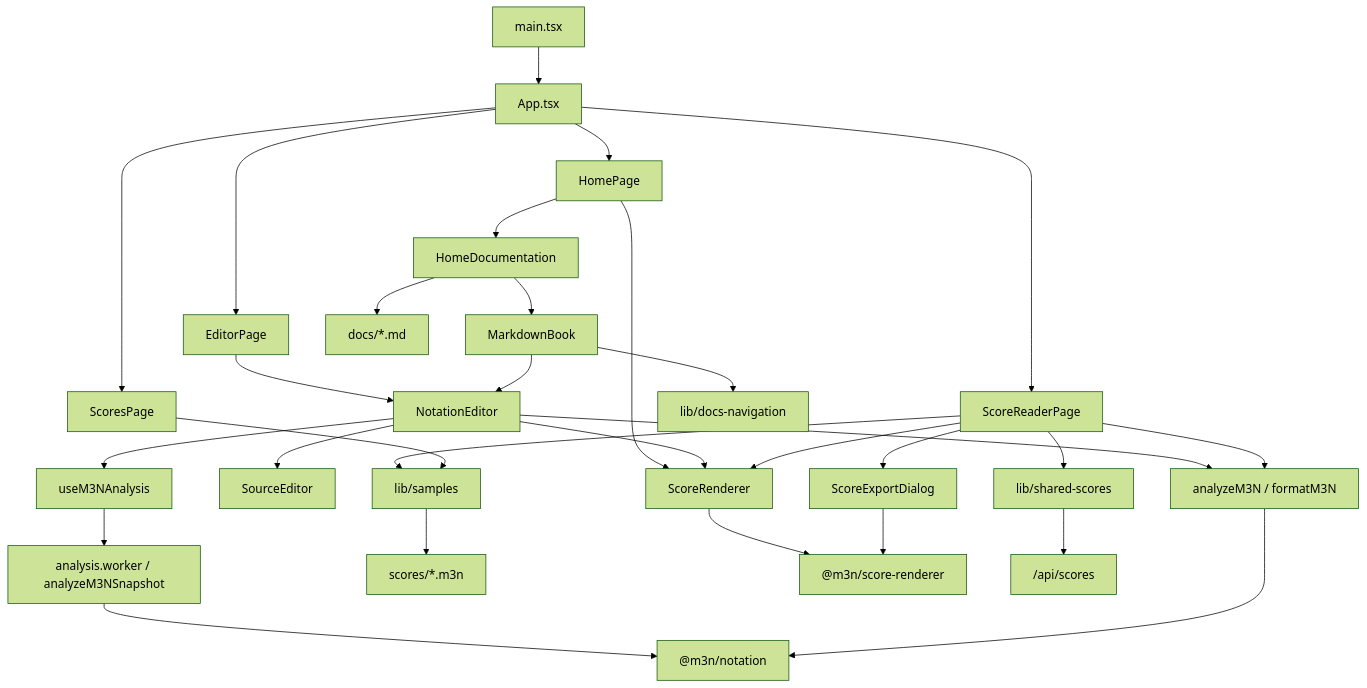
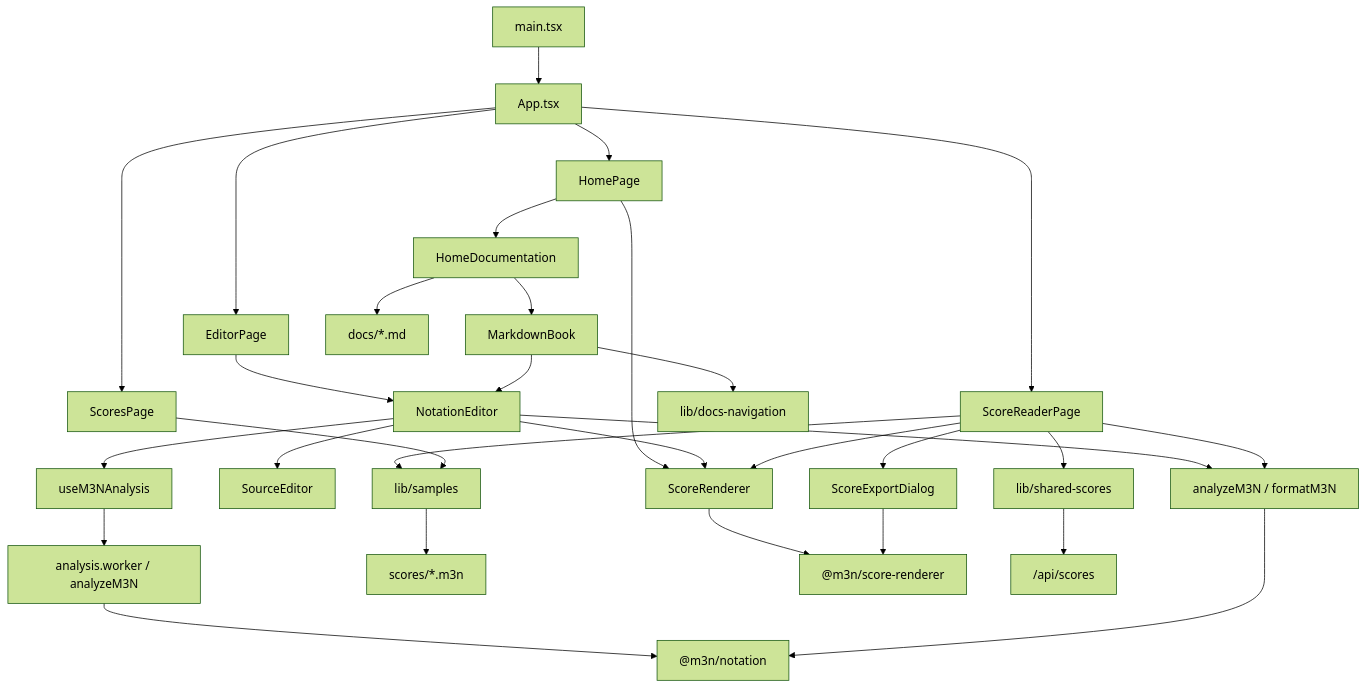
Before and after one commit to huazhechen/m3n: the second of 5 diagrams in docs/CODEGRAPH.md, drawn with Mermaid (forest theme). The commit also changed other lines of this file and 79 other files, not shown here.

````diff
--- a/docs/CODEGRAPH.md
+++ b/docs/CODEGRAPH.md
@@ -37,37 +37,37 @@
 ```mermaid
 flowchart TD
   main["main.tsx"] --> app["App.tsx"]
   app --> home["HomePage"]
   app --> editorPage["EditorPage"]
   app --> scoresPage["ScoresPage"]
   app --> readerPage["ScoreReaderPage"]
   home --> homeDocumentation["HomeDocumentation"]
   home --> scoreRenderer["ScoreRenderer"]
 
   editorPage --> notationEditor["NotationEditor"]
   notationEditor --> sourceEditor["SourceEditor"]
   notationEditor --> analyze["analyzeM3N / formatM3N"]
   notationEditor --> analysisHook["useM3NAnalysis"]
-  analysisHook --> analysisWorker["analysis.worker / analyzeM3NSnapshot"]
+  analysisHook --> analysisWorker["analysis.worker / analyzeM3N"]
   analysisWorker --> notationPkg["@m3n/notation"]
   notationEditor --> scoreRenderer["ScoreRenderer"]
 
   readerPage --> samples["lib/samples"]
   readerPage --> shared["lib/shared-scores"]
   readerPage --> analyze
   readerPage --> scoreRenderer
   readerPage --> exportDialog["ScoreExportDialog"]
 
   scoresPage --> samples
   samples --> corpus["scores/*.m3n"]
 
   homeDocumentation --> markdownBook["MarkdownBook"]
   markdownBook --> docsNav["lib/docs-navigation"]
   markdownBook --> notationEditor
   homeDocumentation --> markdown["docs/*.md"]
 
   scoreRenderer --> rendererPkg["@m3n/score-renderer"]
   exportDialog --> rendererPkg
   analyze --> notationPkg
   shared --> api["/api/scores"]
 ```
````
